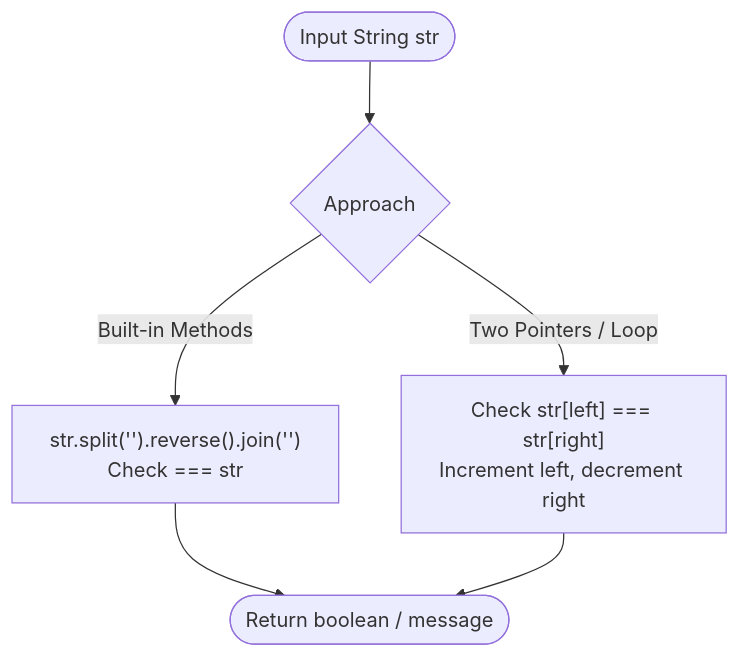
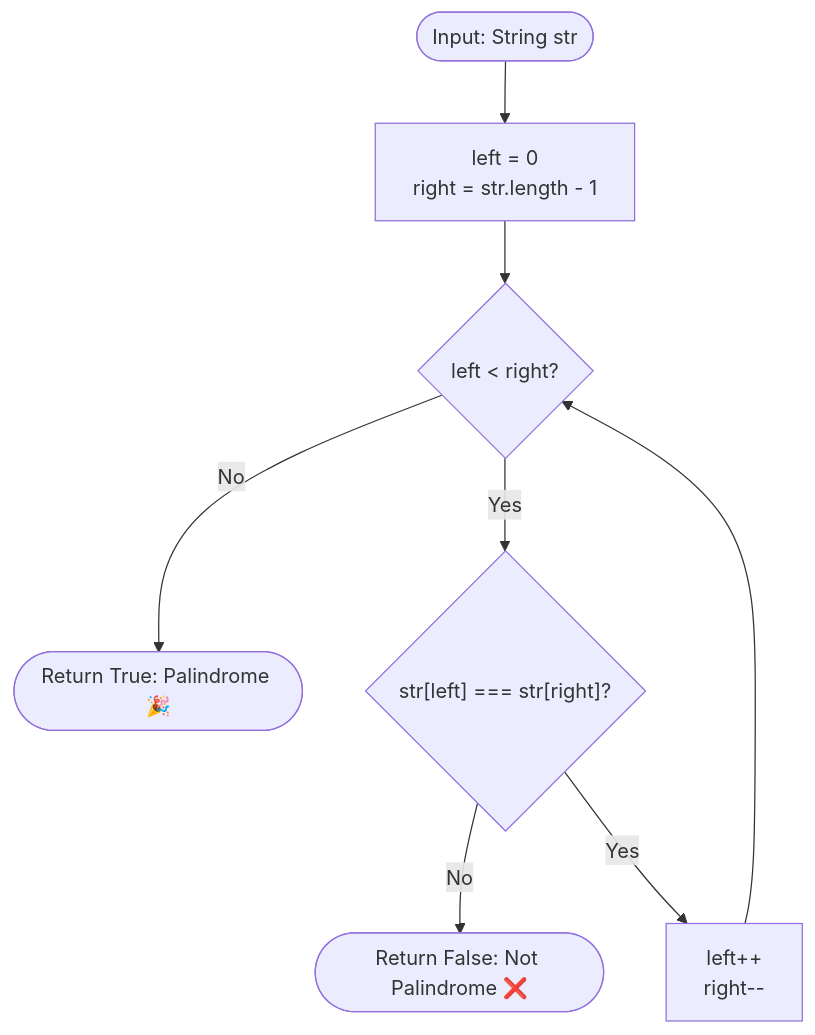
One commit to JyotiPrakashMallick/interview_prep changed the eighth of 16 diagrams in README.md. Above: the diagram before and after it, drawn with Mermaid. The commit also changed other lines of this file and 2 other files, not shown here.

````diff
--- a/README.md
+++ b/README.md
@@ -179,8 +301,9 @@
 ```mermaid
 flowchart TD
-    Start([Input String str]) --> ChooseApproach{Approach}
-    ChooseApproach -->|Built-in Methods| BuiltIn["str.split('').reverse().join('')<br/>Check === str"]
-    ChooseApproach -->|Two Pointers / Loop| TwoPtr["Check str[left] === str[right]<br/>Increment left, decrement right"]
-    BuiltIn --> Result([Return boolean / message])
-    TwoPtr --> Result
+    Start([Input: String str]) --> Pointers["left = 0<br/>right = str.length - 1"]
+    Pointers --> Bounds{"left < right?"}
+    Bounds -->|No| Match([Return True: Palindrome 🎉])
+    Bounds -->|Yes| CharCheck{"str[left] === str[right]?"}
+    CharCheck -->|No| Mismatch([Return False: Not Palindrome ❌])
+    CharCheck -->|Yes| Step["left++<br/>right--"] --> Bounds
 ```
````
